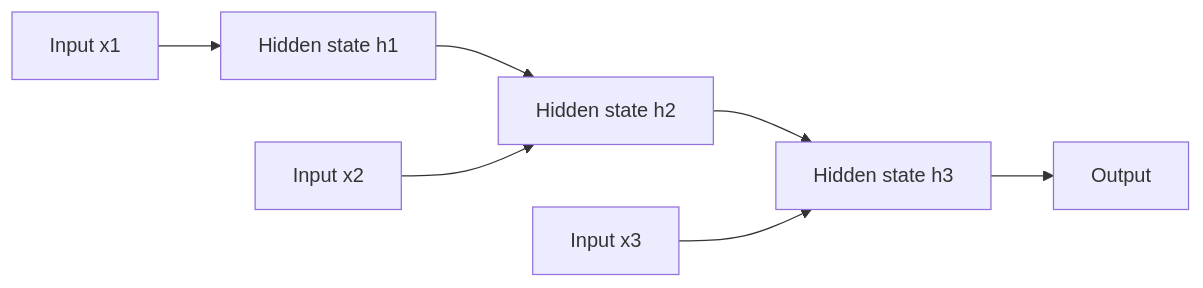
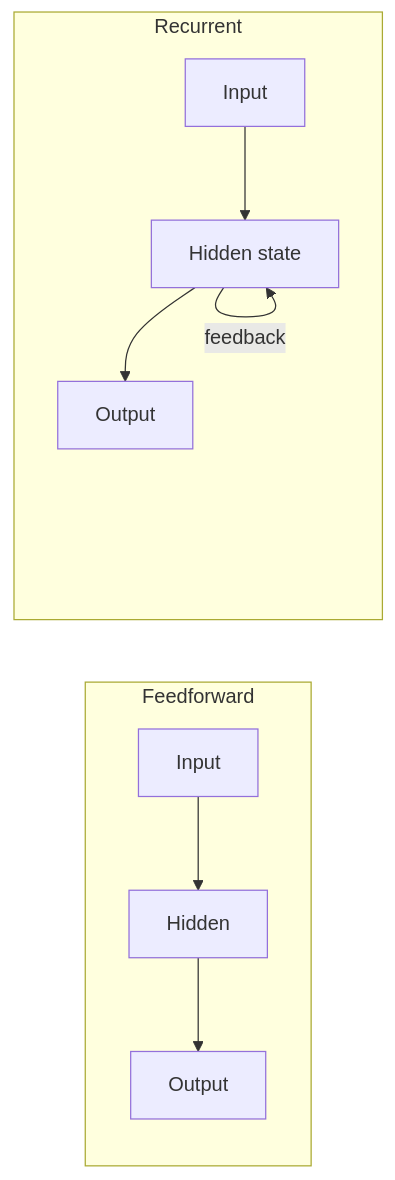
The third of 3 diagrams in content/deep-learning/notes/neural-network-types.hi.mdx (TrendySloth1001/sem-seven-notes), drawn with Mermaid before and after one commit. The commit also changed other lines of this file and 168 other files, not shown here.

````diff
--- a/content/deep-learning/notes/neural-network-types.hi.mdx
+++ b/content/deep-learning/notes/neural-network-types.hi.mdx
@@ -178,10 +113,11 @@
 ```mermaid
-%% caption: Recurrent network ko teen time steps pe unroll karke dikhaya gaya. Har step pe same cell reuse hota hai aur hidden state aage pass hoti hai, isliye har step naya input aur pehle ki saari memory dekhta hai.
+%% caption: Feedforward sirf ek taraf jaata hai. Recurrent mein ek step ka output wapas agle step mein feedback loop se jaata hai.
 flowchart LR
-  X1["Input x1"] --> H1["Hidden state h1"]
-  H1 --> H2["Hidden state h2"]
-  X2["Input x2"] --> H2
-  H2 --> H3["Hidden state h3"]
-  X3["Input x3"] --> H3
-  H3 --> Y["Output"]
+  subgraph FF["Feedforward"]
+    A1["Input"] --> A2["Hidden"] --> A3["Output"]
+  end
+  subgraph RC["Recurrent"]
+    B1["Input"] --> B2["Hidden state"] --> B3["Output"]
+    B2 -- "feedback" --> B2
+  end
 ```
````
